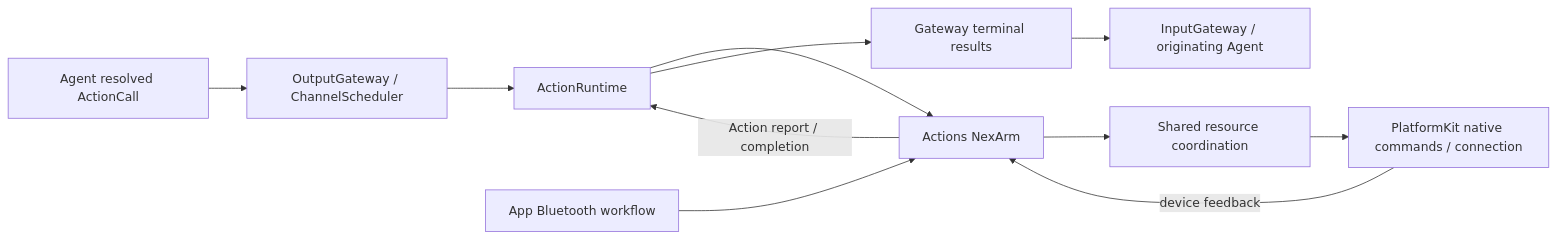
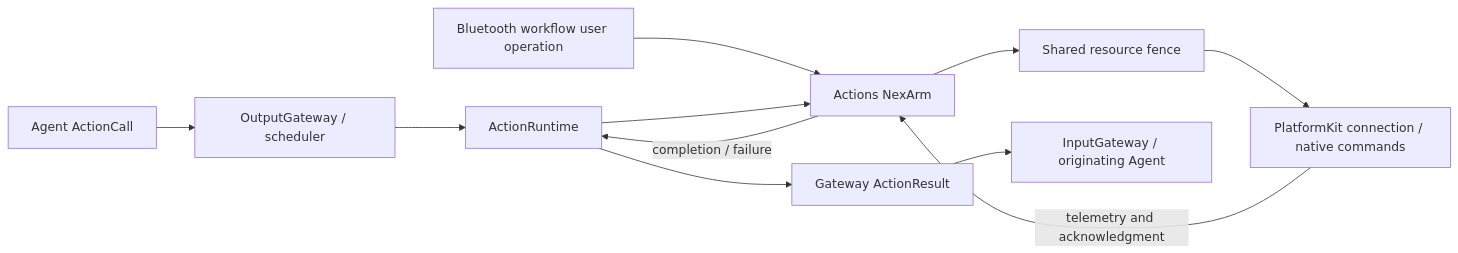
Before and after one commit to devilyouwei/MobileHarness: the tenth of 12 diagrams in MobileHarness/README.md, drawn with Mermaid. The commit also changed other lines of this file, not shown here.

Commit message:
docs: refocus MobileHarness architecture guide

````diff
--- a/MobileHarness/README.md
+++ b/MobileHarness/README.md
@@ -598,13 +438,13 @@
 ```mermaid
 flowchart LR
-    Agent[Agent resolved ActionCall] --> Gateway[OutputGateway / ChannelScheduler]
+    Agent[Agent ActionCall] --> Gateway[OutputGateway / scheduler]
+    Settings[Bluetooth workflow user operation] --> Actions[Actions NexArm]
     Gateway --> Runtime[ActionRuntime]
-    Runtime --> Actions[Actions NexArm]
-    Settings[App Bluetooth workflow] --> Actions
-    Actions --> Fence[Shared resource coordination]
-    Fence --> Device[PlatformKit native commands / connection]
-    Device -->|device feedback| Actions
-    Actions -->|Action report / completion| Runtime
-    Runtime --> Results[Gateway terminal results]
+    Runtime --> Actions
+    Actions --> Resource[Shared resource fence]
+    Resource --> Platform[PlatformKit connection / native commands]
+    Platform -->|telemetry and acknowledgment| Actions
+    Actions -->|completion / failure| Runtime
+    Runtime --> Results[Gateway ActionResult]
     Results --> Input[InputGateway / originating Agent]
 ```
````
